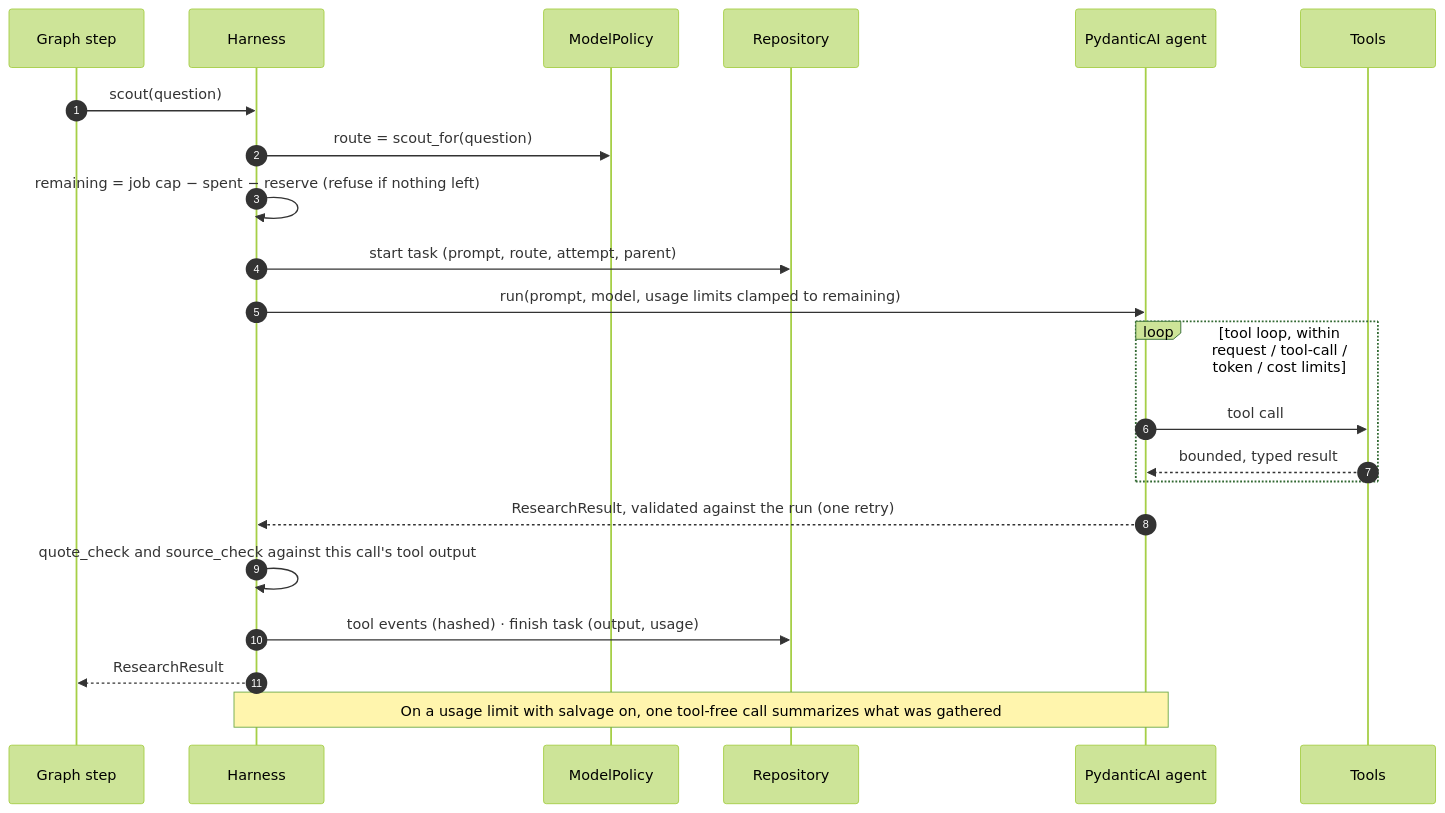
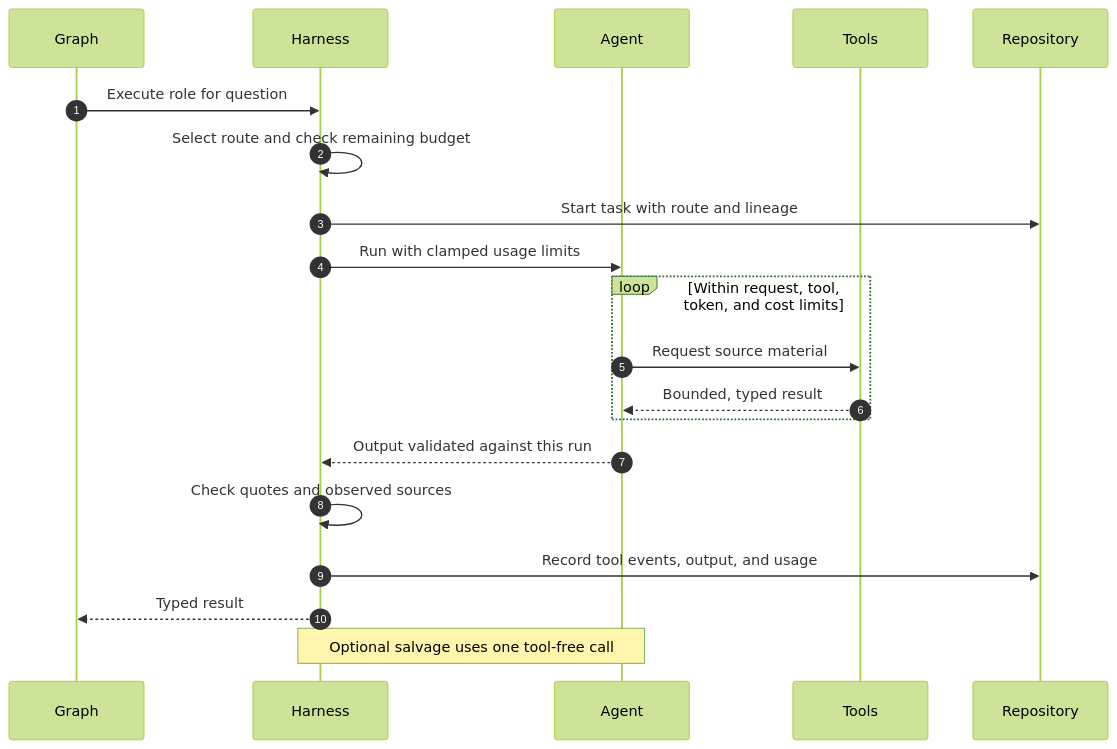
Before and after one commit to rjanseko/research-loop: the fourth of 9 diagrams in README.md, drawn with Mermaid (forest theme). The commit also changed other lines of this file, not shown here.

Commit message:
Rewrite the README around getting started, a run, and the architecture

````diff
--- a/README.md
+++ b/README.md
@@ -157,24 +212,22 @@
 ```mermaid
 sequenceDiagram
     autonumber
-    participant G as Graph step
+    participant G as Graph
     participant H as Harness
-    participant P as ModelPolicy
+    participant A as Agent
+    participant T as Tools
     participant R as Repository
-    participant A as PydanticAI agent
-    participant T as Tools
-    G->>H: scout(question)
-    H->>P: route = scout_for(question)
-    H->>H: remaining = job cap − spent − reserve (refuse if nothing left)
-    H->>R: start task (prompt, route, attempt, parent)
-    H->>A: run(prompt, model, usage limits clamped to remaining)
-    loop tool loop, within request / tool-call / token / cost limits
-        A->>T: tool call
-        T-->>A: bounded, typed result
+    G->>H: Execute role for question
+    H->>H: Select route and check remaining budget
+    H->>R: Start task with route and lineage
+    H->>A: Run with clamped usage limits
+    loop Within request, tool, token, and cost limits
+        A->>T: Request source material
+        T-->>A: Bounded, typed result
     end
-    A-->>H: ResearchResult, validated against the run (one retry)
-    H->>H: quote_check and source_check against this call's tool output
-    H->>R: tool events (hashed) · finish task (output, usage)
-    H-->>G: ResearchResult
-    Note over H,A: On a usage limit with salvage on, one tool-free call summarizes what was gathered
+    A-->>H: Output validated against this run
+    H->>H: Check quotes and observed sources
+    H->>R: Record tool events, output, and usage
+    H-->>G: Typed result
+    Note over H,A: Optional salvage uses one tool-free call
 ```
````
